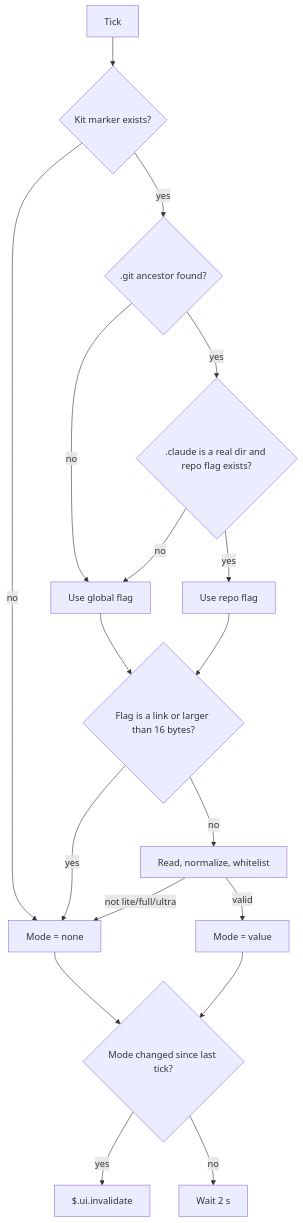
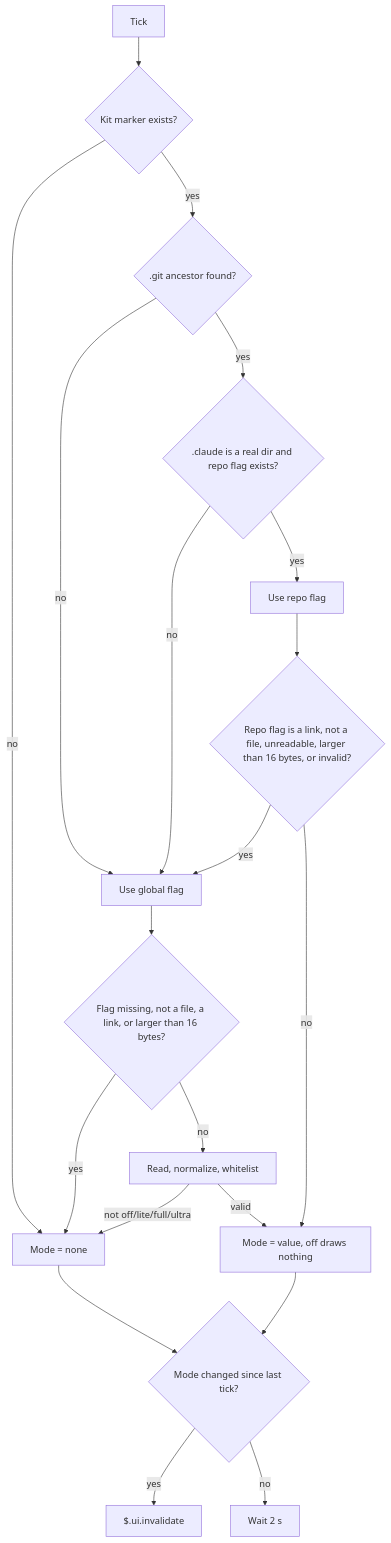
One commit to nj4x/caveman-kit changed the second of 3 diagrams in docs/adr/0022-desktop-badge-mod.md. Above: the diagram before and after it, drawn with Mermaid. The commit also changed other lines of this file and 11 other files, not shown here.

````diff
--- a/docs/adr/0022-desktop-badge-mod.md
+++ b/docs/adr/0022-desktop-badge-mod.md
@@ -60,20 +67,22 @@
 ```mermaid
 flowchart TD
     T[Tick] --> K{Kit marker exists?}
     K -->|no| N[Mode = none]
     K -->|yes| G{.git ancestor found?}
     G -->|no| GF[Use global flag]
     G -->|yes| L{.claude is a real dir and repo flag exists?}
     L -->|no| GF
     L -->|yes| RF[Use repo flag]
-    GF --> S{Flag is a link or larger than 16 bytes?}
-    RF --> S
+    GF --> S{Flag missing, not a file, a link, or larger than 16 bytes?}
+    RF --> RS{Repo flag is a link, not a file, unreadable, larger than 16 bytes, or invalid?}
+    RS -->|yes| GF
+    RS -->|no| M
     S -->|yes| N
     S -->|no| R[Read, normalize, whitelist]
-    R -->|not lite/full/ultra| N
-    R -->|valid| M[Mode = value]
+    R -->|not off/lite/full/ultra| N
+    R -->|valid| M[Mode = value, off draws nothing]
     N --> C{Mode changed since last tick?}
     M --> C
     C -->|yes| I[$.ui.invalidate]
     C -->|no| W[Wait 2 s]
 ```
````
